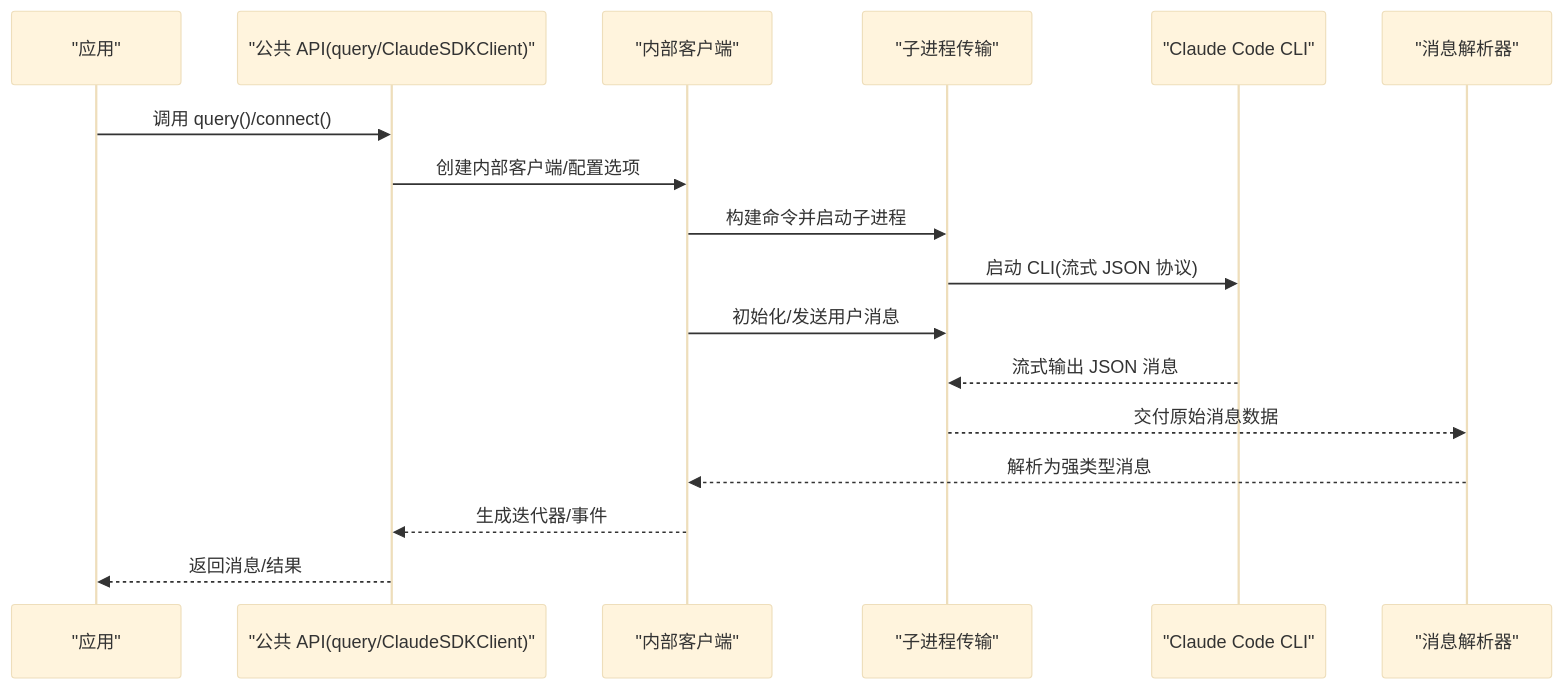
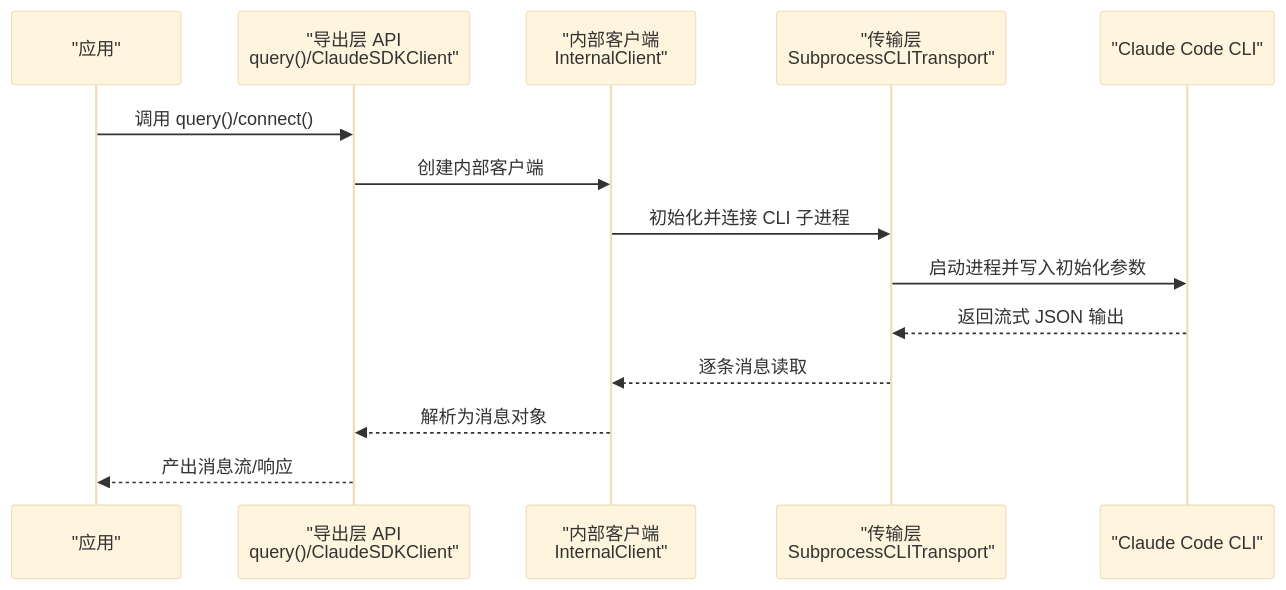
One commit to defulat-coder/claude-agent-sdk-python changed the second of 8 diagrams in .qoder/repowiki/zh/content/项目概述.md. Above: the diagram before and after it, drawn with Mermaid (base theme). The commit also changed other lines of this file and 77 other files, not shown here.

````diff
--- a/.qoder/repowiki/zh/content/项目概述.md
+++ b/.qoder/repowiki/zh/content/项目概述.md
@@ -123,19 +119,16 @@
 ```mermaid
 sequenceDiagram
 participant App as "应用"
-participant API as "公共 API(query/ClaudeSDKClient)"
-participant Int as "内部客户端"
-participant Trans as "子进程传输"
+participant API as "导出层 API<br/>query()/ClaudeSDKClient"
+participant IC as "内部客户端<br/>InternalClient"
+participant TR as "传输层<br/>SubprocessCLITransport"
 participant CLI as "Claude Code CLI"
-participant Parser as "消息解析器"
 App->>API : 调用 query()/connect()
-API->>Int : 创建内部客户端/配置选项
-Int->>Trans : 构建命令并启动子进程
-Trans->>CLI : 启动 CLI(流式 JSON 协议)
-Int->>Trans : 初始化/发送用户消息
-CLI-->>Trans : 流式输出 JSON 消息
-Trans-->>Parser : 交付原始消息数据
-Parser-->>Int : 解析为强类型消息
-Int-->>API : 生成迭代器/事件
-API-->>App : 返回消息/结果
+API->>IC : 创建内部客户端
+IC->>TR : 初始化并连接 CLI 子进程
+TR->>CLI : 启动进程并写入初始化参数
+CLI-->>TR : 返回流式 JSON 输出
+TR-->>IC : 逐条消息读取
+IC-->>API : 解析为消息对象
+API-->>App : 产出消息流/响应
 ```
````
